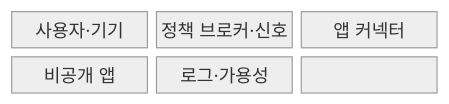
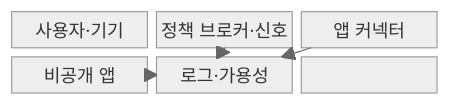
Before and after one commit to agnusdei1207/knowledge-base: the first of 2 diagrams in src/content/docs/notes/05-security/064_ztna.md, drawn with Mermaid (neutral theme). The commit also changed other lines of this file and 20 other files, not shown here.

````diff
--- a/src/content/docs/notes/05-security/064_ztna.md
+++ b/src/content/docs/notes/05-security/064_ztna.md
@@ -60,11 +64,13 @@
 ```mermaid
 block-beta
   columns 3
   A["사용자·기기"]
   B["정책 브로커·신호"]
   C["앱 커넥터"]
   D["비공개 앱"]
   E["로그·가용성"]
-  A --- B --- C
-  C --- D --- E
+  A --> B --> C --> D
+  B --> E
+  C --> E
+  D --> E
 ```
````
